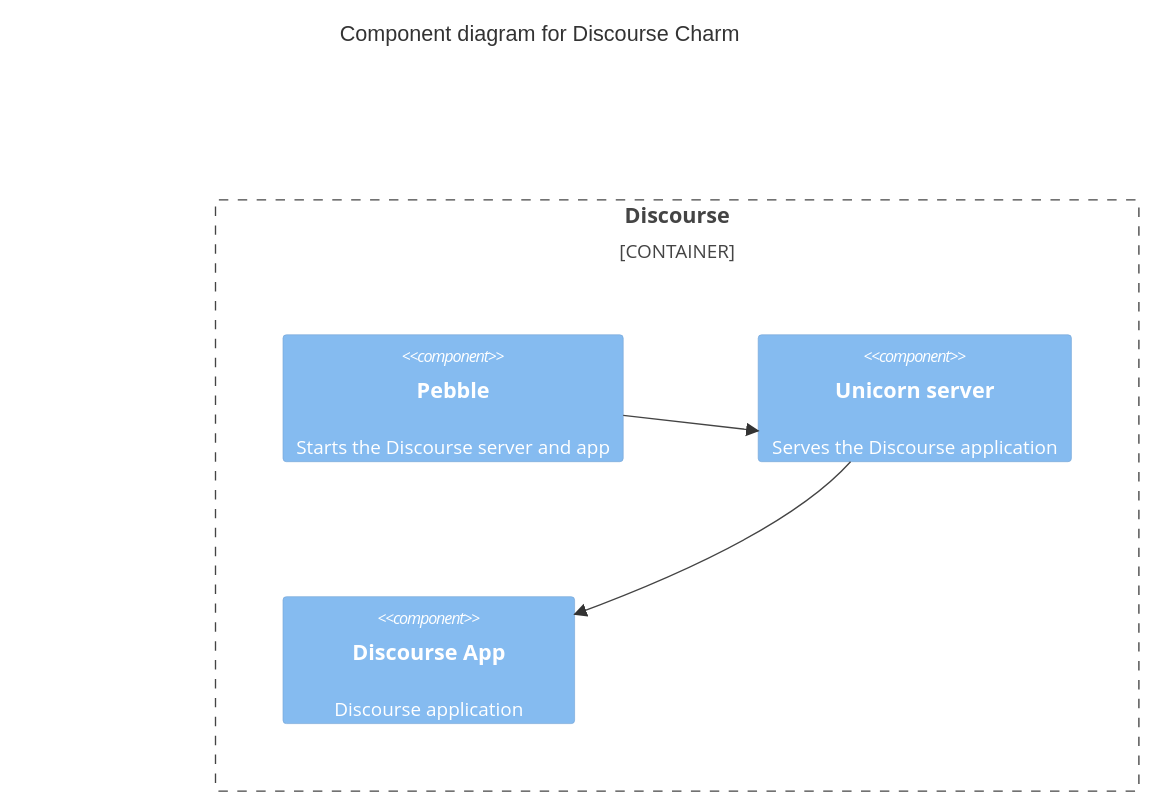
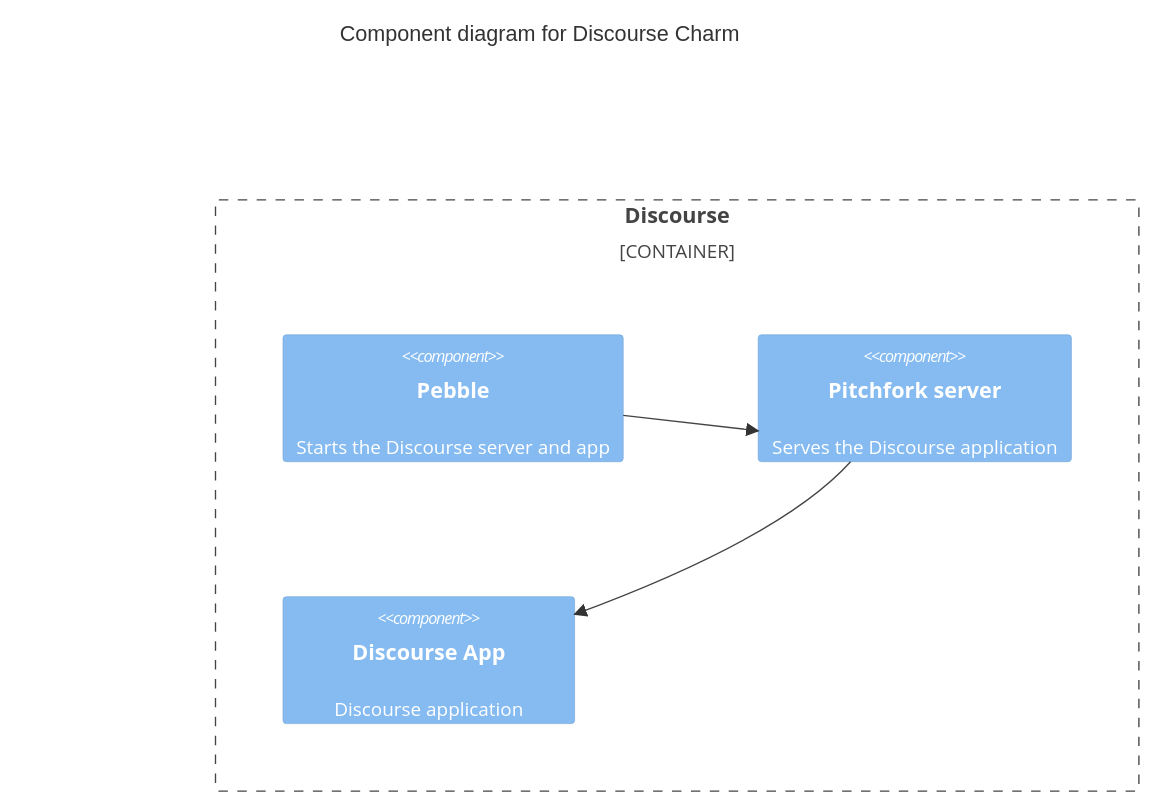
One commit to canonical/discourse-k8s-operator changed the first of 2 diagrams in docs/reference/charm-architecture.md. Above: the diagram before and after it, drawn with Mermaid. The commit also changed other lines of this file and 21 other files, not shown here.

````diff
--- a/docs/reference/charm-architecture.md
+++ b/docs/reference/charm-architecture.md
@@ -28,13 +28,13 @@
 ```{mermaid}
 C4Component
 title Component diagram for Discourse Charm
 
 Container_Boundary(discourse, "Discourse") {
   Component(pebble, "Pebble", "", "Starts the Discourse server and app")
-  Component(unicorn-server, "Unicorn server", "", "Serves the Discourse application")
+  Component(pitchfork-server, "Pitchfork server", "", "Serves the Discourse application")
   Component(charm, "Discourse App", "", "Discourse application")
 
-  Rel(pebble, unicorn-server, "")
-  Rel(unicorn-server, charm, "")
+  Rel(pebble, pitchfork-server, "")
+  Rel(pitchfork-server, charm, "")
 }
 ```
````
